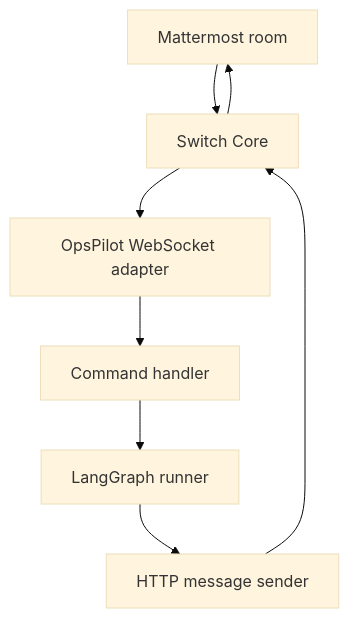
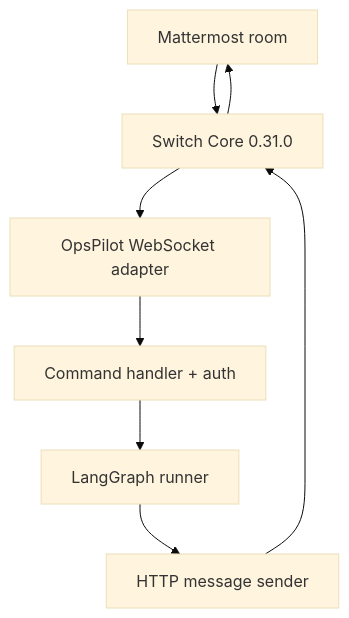
One commit to SamJ696/opspilot changed the diagram in README.md. Above: the diagram before and after it, drawn with Mermaid (base theme). The commit also changed other lines of this file and 16 other files, not shown here.

Commit message:
Enhance OpsPilot configuration and functionality: update .env.example with approval policies, modify README for clarity on registration and commands, improve WebSocket reconnection logic, and extend database schema for incident tracking and approval decisions.

````diff
--- a/README.md
+++ b/README.md
@@ -9,11 +9,11 @@
 ```mermaid
 flowchart TB
   MM[Mattermost room]
-  SW[Switch Core]
+  SW[Switch Core 0.31.0]
   WS[OpsPilot WebSocket adapter]
-  CH[Command handler]
+  CH[Command handler + auth]
   RUN[LangGraph runner]
   MM --> SW --> WS --> CH --> RUN
   RUN --> SENDER[HTTP message sender]
   SENDER --> SW --> MM
 ```
````
